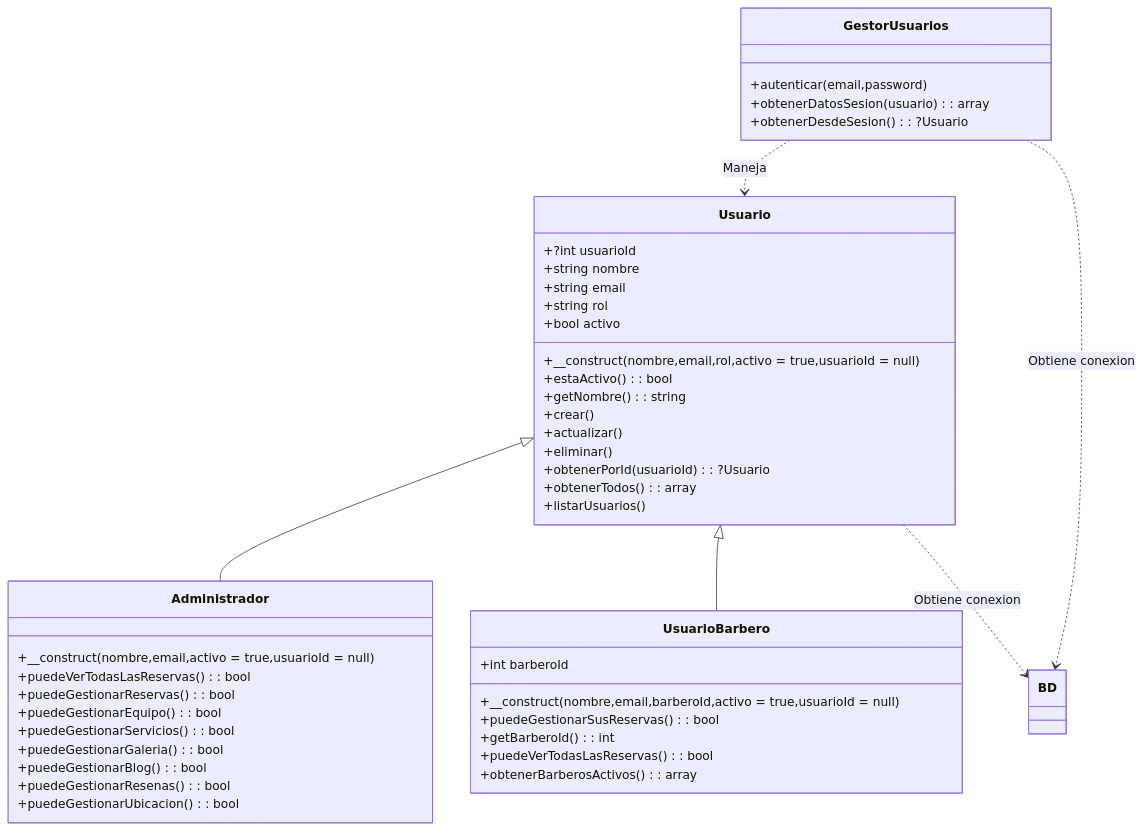
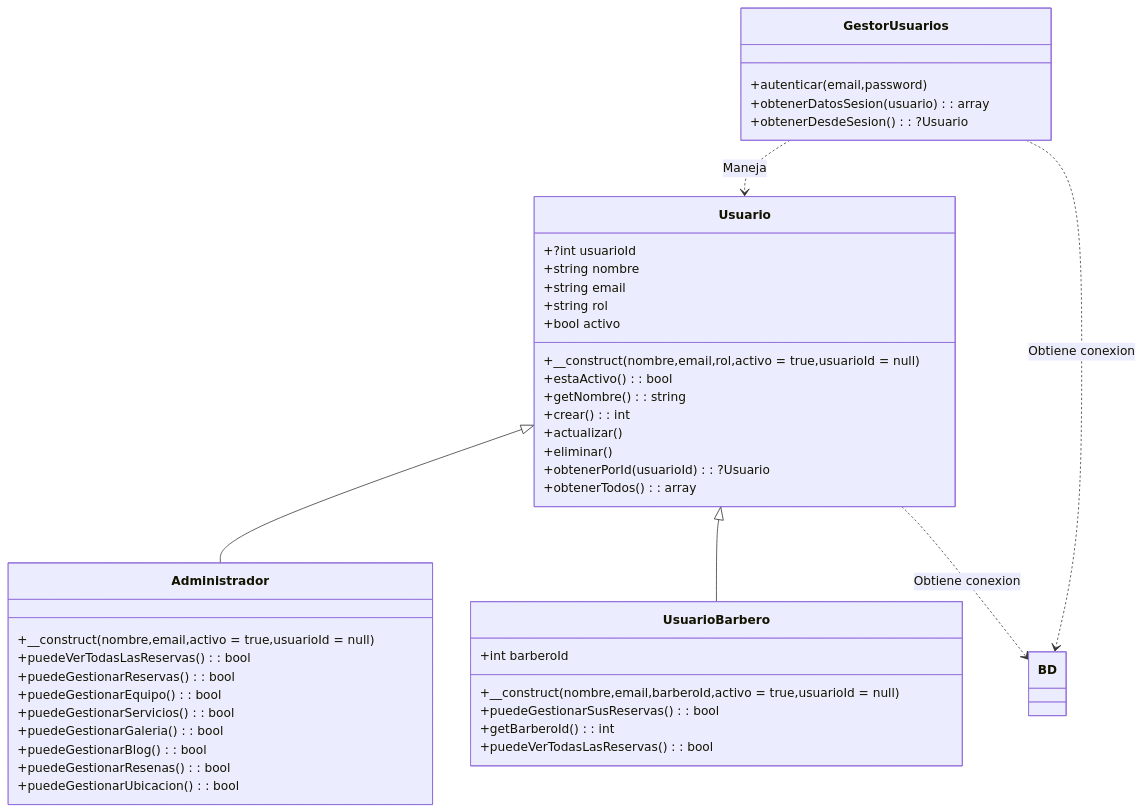
Before and after one commit to dzeledonj-create/barberia_catracha: the diagram in admin/clases_admin/diagramas.md, drawn with Mermaid. The commit also changed 5 other files, not shown here.

````diff
--- a/admin/clases_admin/diagramas.md
+++ b/admin/clases_admin/diagramas.md
@@ -3,52 +3,50 @@
 ```mermaid
 classDiagram
     class Administrador {
         +__construct(nombre,email,activo = true,usuarioId = null)
         +puedeVerTodasLasReservas() : bool
         +puedeGestionarReservas() : bool
         +puedeGestionarEquipo() : bool
         +puedeGestionarServicios() : bool
         +puedeGestionarGaleria() : bool
         +puedeGestionarBlog() : bool
         +puedeGestionarResenas() : bool
         +puedeGestionarUbicacion() : bool
     }
 
     class GestorUsuarios {
         +autenticar(email,password)
         +obtenerDatosSesion(usuario) : array
         +obtenerDesdeSesion() : ?Usuario
     }
 
     class Usuario {
         +?int usuarioId
         +string nombre
         +string email
         +string rol
         +bool activo
         +__construct(nombre,email,rol,activo = true,usuarioId = null)
         +estaActivo() : bool
         +getNombre() : string
-        +crear()
+        +crear() : int
         +actualizar()
         +eliminar()
         +obtenerPorId(usuarioId) : ?Usuario
         +obtenerTodos() : array
-        +listarUsuarios()
     }
 
     class UsuarioBarbero {
         +int barberoId
         +__construct(nombre,email,barberoId,activo = true,usuarioId = null)
         +puedeGestionarSusReservas() : bool
         +getBarberoId() : int
         +puedeVerTodasLasReservas() : bool
-        +obtenerBarberosActivos() : array
     }
 
     Usuario <|-- Administrador
     Usuario <|-- UsuarioBarbero
     GestorUsuarios ..> Usuario : Maneja
     GestorUsuarios ..> BD : Obtiene conexion
     Usuario ..> BD : Obtiene conexion
 ```
````
